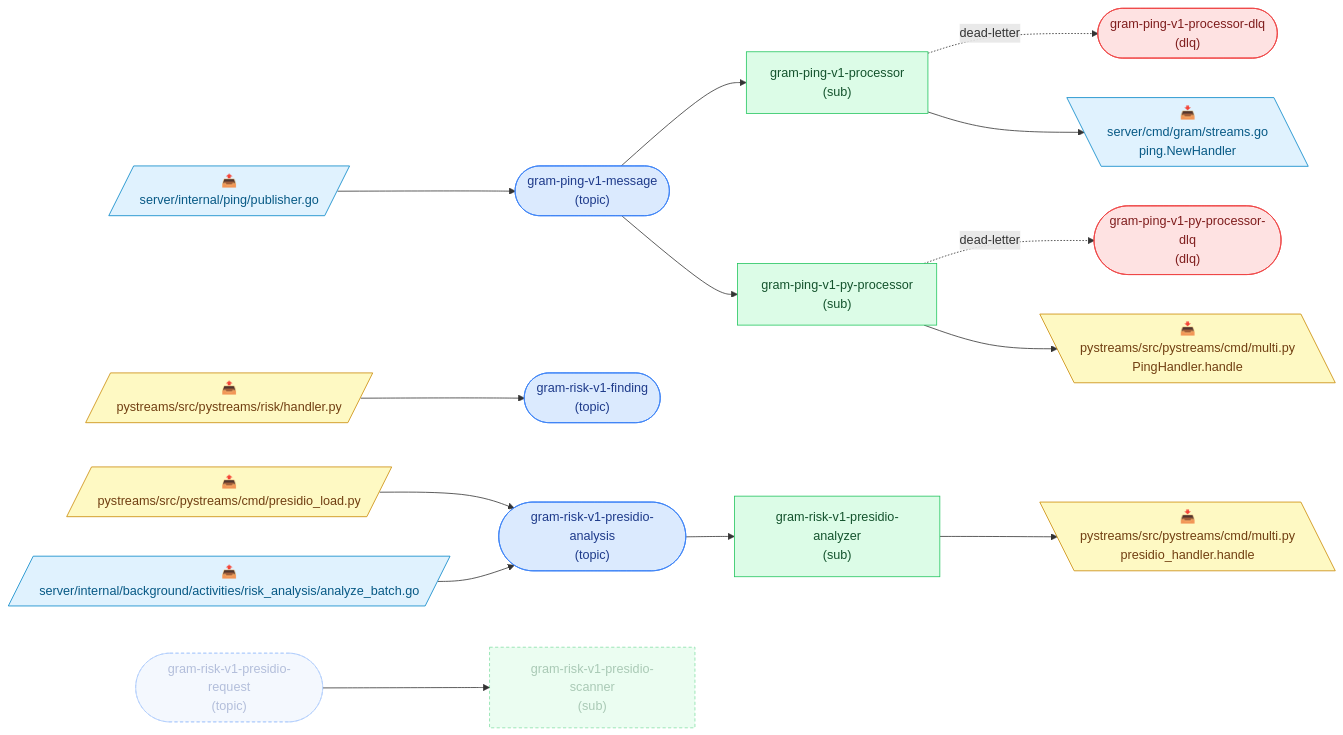
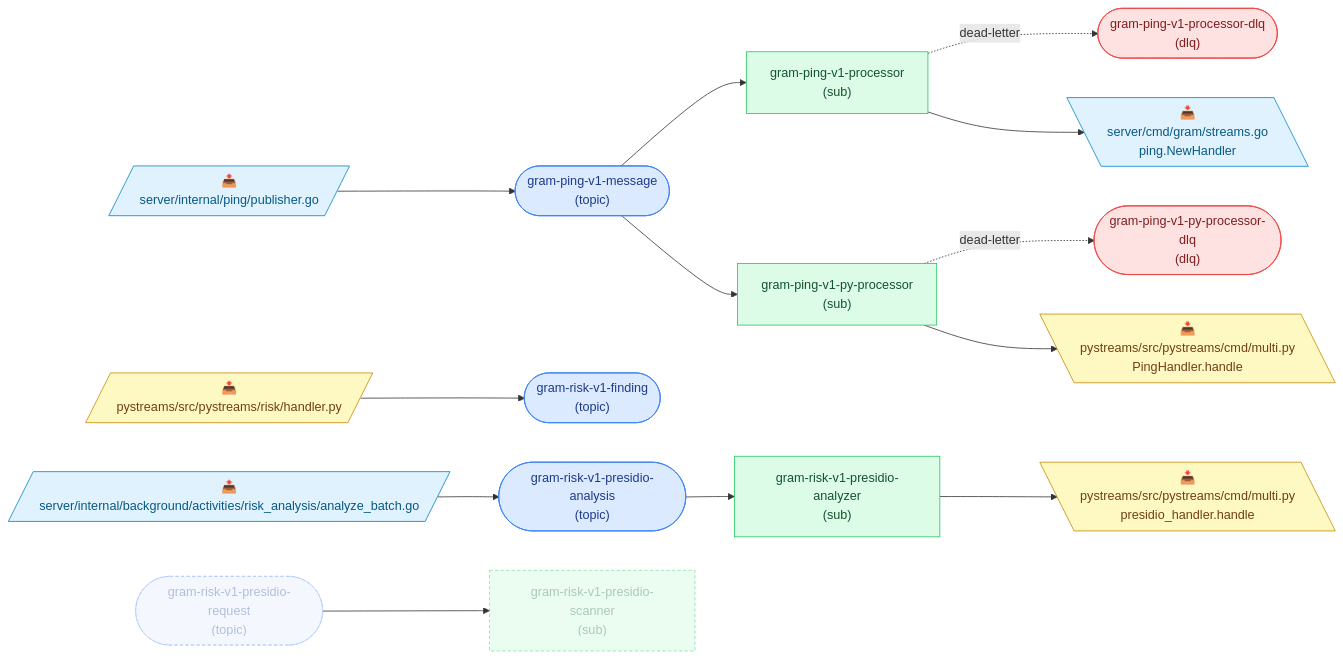
Before and after one commit to speakeasy-api/gram: the diagram in docs/pubsub-topology.md, drawn with Mermaid. The commit also changed other lines of this file and 3 other files, not shown here.

````diff
--- a/docs/pubsub-topology.md
+++ b/docs/pubsub-topology.md
@@ -9,43 +9,41 @@
 ```mermaid
 flowchart LR
   classDef topic fill:#dbeafe,stroke:#3b82f6,color:#1e3a8a;
   classDef dlq fill:#fee2e2,stroke:#ef4444,color:#7f1d1d;
   classDef sub fill:#dcfce7,stroke:#22c55e,color:#14532d;
   classDef go fill:#e0f2fe,stroke:#0284c7,color:#075985;
   classDef python fill:#fef9c3,stroke:#ca8a04,color:#713f12;
   classDef deprecated stroke-dasharray:4 3,opacity:0.55;
 
   t_gram_ping_v1_message(["gram-ping-v1-message<br/>(topic)"]):::topic
   t_gram_ping_v1_processor_dlq(["gram-ping-v1-processor-dlq<br/>(dlq)"]):::dlq
   t_gram_ping_v1_py_processor_dlq(["gram-ping-v1-py-processor-dlq<br/>(dlq)"]):::dlq
   t_gram_risk_v1_finding(["gram-risk-v1-finding<br/>(topic)"]):::topic
   t_gram_risk_v1_presidio_analysis(["gram-risk-v1-presidio-analysis<br/>(topic)"]):::topic
   t_gram_risk_v1_presidio_request(["gram-risk-v1-presidio-request<br/>(topic)"]):::topic
   s_gram_ping_v1_processor["gram-ping-v1-processor<br/>(sub)"]:::sub
   s_gram_ping_v1_py_processor["gram-ping-v1-py-processor<br/>(sub)"]:::sub
   s_gram_risk_v1_presidio_analyzer["gram-risk-v1-presidio-analyzer<br/>(sub)"]:::sub
   s_gram_risk_v1_presidio_scanner["gram-risk-v1-presidio-scanner<br/>(sub)"]:::sub
 
   p0[/"📤<br/>server/internal/ping/publisher.go"/]:::go
   p0 --> t_gram_ping_v1_message
   p1[/"📤<br/>pystreams/src/pystreams/risk/handler.py"/]:::python
   p1 --> t_gram_risk_v1_finding
-  p2[/"📤<br/>pystreams/src/pystreams/cmd/presidio_load.py"/]:::python
+  p2[/"📤<br/>server/internal/background/activities/risk_analysis/analyze_batch.go"/]:::go
   p2 --> t_gram_risk_v1_presidio_analysis
-  p3[/"📤<br/>server/internal/background/activities/risk_analysis/analyze_batch.go"/]:::go
-  p3 --> t_gram_risk_v1_presidio_analysis
   t_gram_ping_v1_message --> s_gram_ping_v1_processor
   s_gram_ping_v1_processor -. dead-letter .-> t_gram_ping_v1_processor_dlq
   t_gram_ping_v1_message --> s_gram_ping_v1_py_processor
   s_gram_ping_v1_py_processor -. dead-letter .-> t_gram_ping_v1_py_processor_dlq
   t_gram_risk_v1_presidio_analysis --> s_gram_risk_v1_presidio_analyzer
   t_gram_risk_v1_presidio_request --> s_gram_risk_v1_presidio_scanner
-  c4[\"📥<br/>server/cmd/gram/streams.go<br/>ping.NewHandler"\]:::go
-  s_gram_ping_v1_processor --> c4
-  c5[\"📥<br/>pystreams/src/pystreams/cmd/multi.py<br/>PingHandler.handle"\]:::python
-  s_gram_ping_v1_py_processor --> c5
-  c6[\"📥<br/>pystreams/src/pystreams/cmd/multi.py<br/>presidio_handler.handle"\]:::python
-  s_gram_risk_v1_presidio_analyzer --> c6
+  c3[\"📥<br/>server/cmd/gram/streams.go<br/>ping.NewHandler"\]:::go
+  s_gram_ping_v1_processor --> c3
+  c4[\"📥<br/>pystreams/src/pystreams/cmd/multi.py<br/>PingHandler.handle"\]:::python
+  s_gram_ping_v1_py_processor --> c4
+  c5[\"📥<br/>pystreams/src/pystreams/cmd/multi.py<br/>presidio_handler.handle"\]:::python
+  s_gram_risk_v1_presidio_analyzer --> c5
 
   class t_gram_risk_v1_presidio_request,s_gram_risk_v1_presidio_scanner deprecated;
 ```
````
